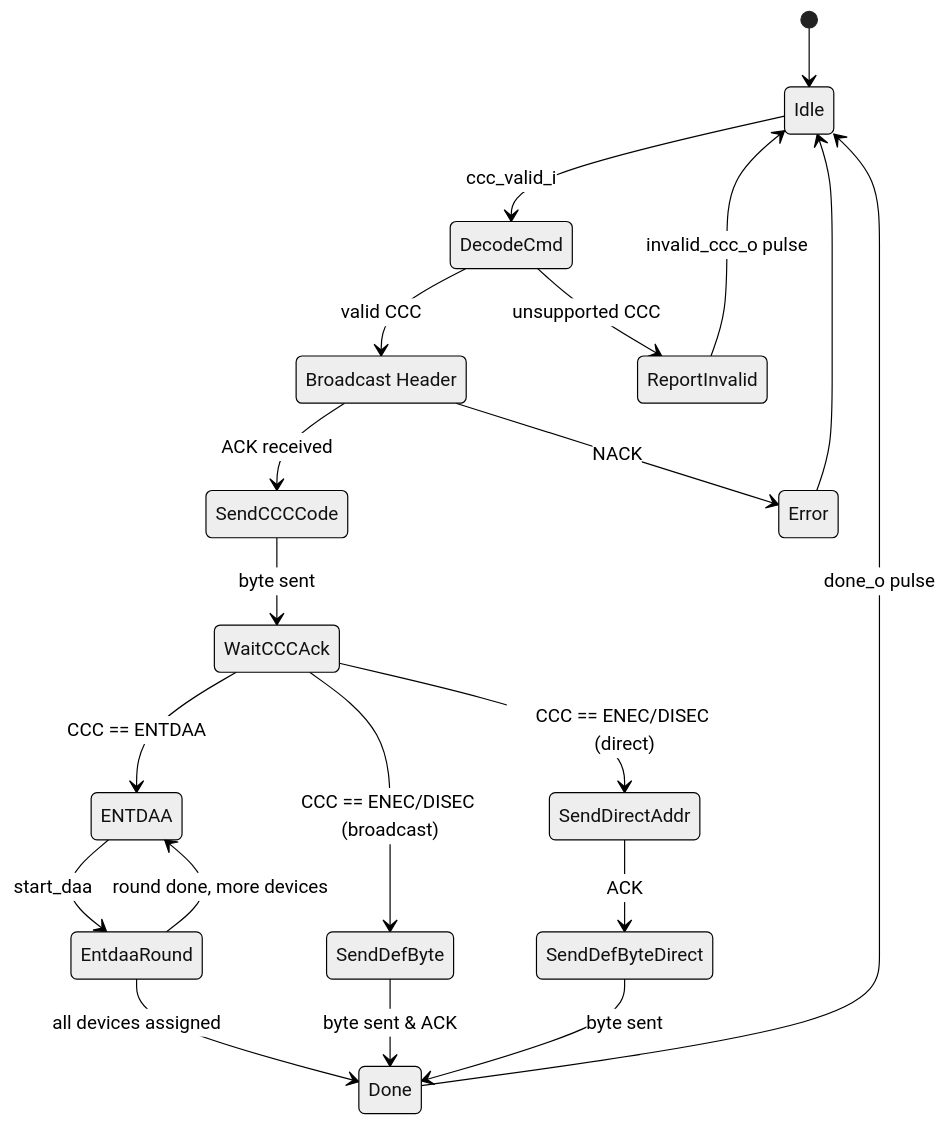
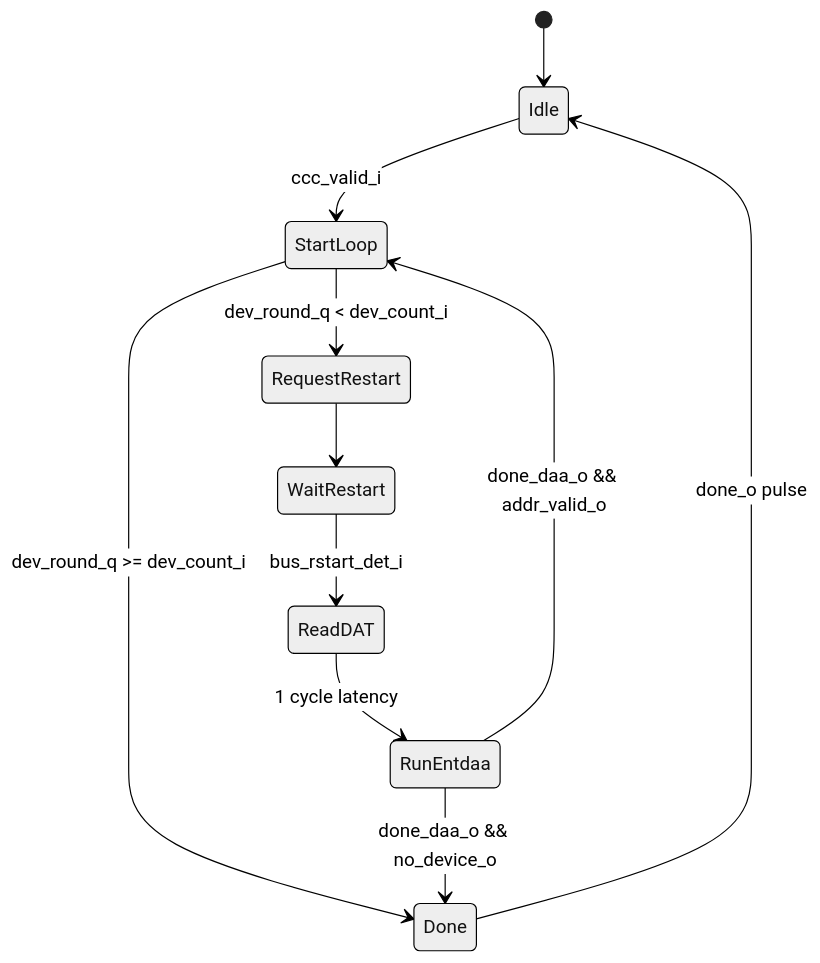
Before and after one commit to minhuy206/i3c: the first of 2 diagrams in docs/module_specs/08_ccc_processor_spec.md, drawn with Mermaid (neutral theme). The commit also changed other lines of this file and 2 other files, not shown here.

First line of the commit message:
docs(specs): rewrite ccc specs for master-only entdaa design

````diff
--- a/docs/module_specs/08_ccc_processor_spec.md
+++ b/docs/module_specs/08_ccc_processor_spec.md
@@ -140,31 +209,20 @@
 ```mermaid
 stateDiagram-v2
     [*] --> Idle
 
-    Idle --> DecodeCmd: ccc_valid_i
+    Idle --> StartLoop: ccc_valid_i
 
-    DecodeCmd --> SendBroadcastHeader: valid CCC
-    DecodeCmd --> ReportInvalid: unsupported CCC
+    StartLoop --> RequestRestart: dev_round_q < dev_count_i
+    StartLoop --> Done: dev_round_q >= dev_count_i
 
-    state "Broadcast Header" as SendBroadcastHeader
-    SendBroadcastHeader --> SendCCCCode: ACK received
-    SendBroadcastHeader --> Error: NACK
+    RequestRestart --> WaitRestart
 
-    SendCCCCode --> WaitCCCAck: byte sent
-    WaitCCCAck --> EntdaaLoop: CCC == ENTDAA
-    WaitCCCAck --> SendDefByte: CCC == ENEC/DISEC (broadcast)
-    WaitCCCAck --> SendDirectAddr: CCC == ENEC/DISEC (direct)
+    WaitRestart --> ReadDAT: bus_rstart_det_i
 
-    state "ENTDAA" as EntdaaLoop
-    EntdaaLoop --> EntdaaRound: start_daa
-    EntdaaRound --> EntdaaLoop: round done, more devices
-    EntdaaRound --> Done: all devices assigned
+    ReadDAT --> RunEntdaa: 1 cycle latency
 
-    SendDefByte --> Done: byte sent & ACK
-    SendDirectAddr --> SendDefByteDirect: ACK
-    SendDefByteDirect --> Done: byte sent
+    RunEntdaa --> StartLoop: done_daa_o && addr_valid_o
+    RunEntdaa --> Done: done_daa_o && no_device_o
 
     Done --> Idle: done_o pulse
-    Error --> Idle
-    ReportInvalid --> Idle: invalid_ccc_o pulse
 ```
````
